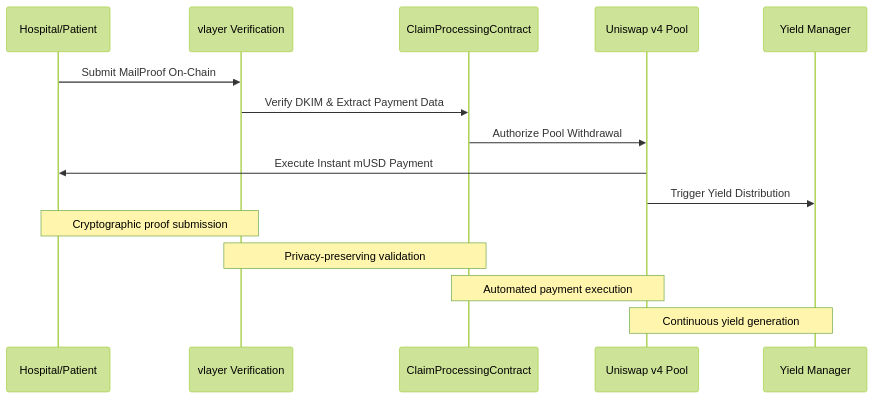
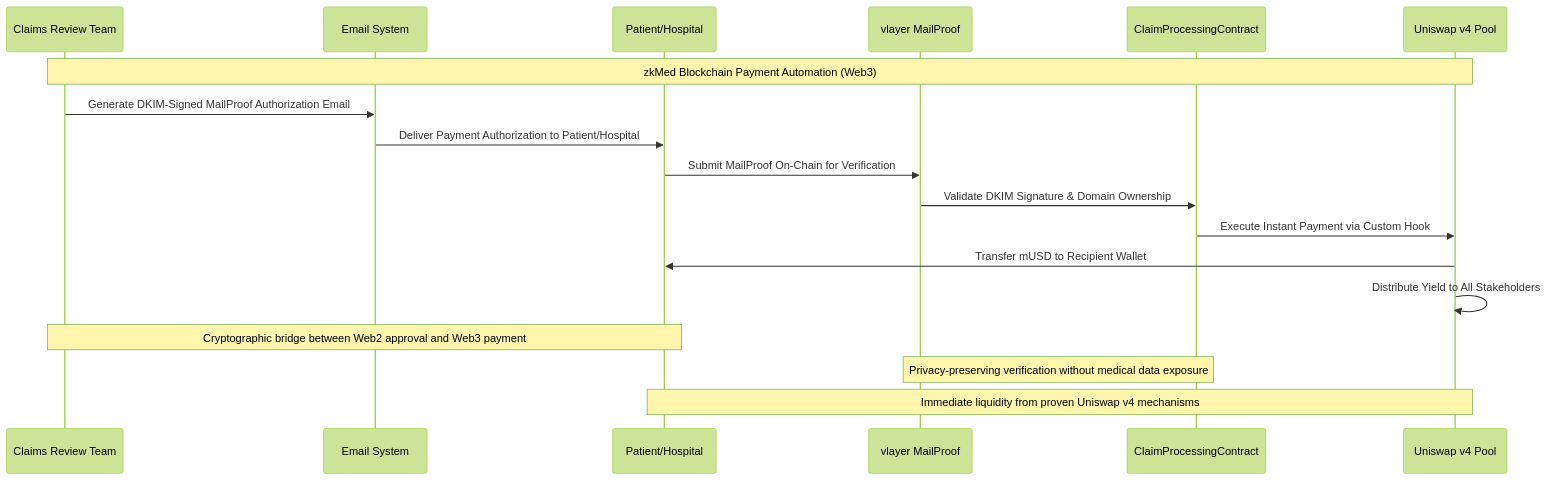
Before and after one commit to ppezzull/zkMed: the fourth of 5 diagrams in memory-bank/activeContext.md, drawn with Mermaid (forest theme). The commit also changed other lines of this file and 3 other files, not shown here.

````diff
--- a/memory-bank/activeContext.md
+++ b/memory-bank/activeContext.md
@@ -212,19 +171,22 @@
 ```mermaid
 sequenceDiagram
-    participant H as Hospital/Patient
-    participant V as vlayer Verification
+    participant Review as Claims Review Team
+    participant E as Email System
+    participant P as Patient/Hospital
+    participant V as vlayer MailProof
     participant C as ClaimProcessingContract
     participant U as Uniswap v4 Pool
-    participant Y as Yield Manager
 
-    H->>V: Submit MailProof On-Chain
-    V->>C: Verify DKIM & Extract Payment Data
-    C->>U: Authorize Pool Withdrawal
-    U->>H: Execute Instant mUSD Payment
-    U->>Y: Trigger Yield Distribution
+    Note over Review,U: zkMed Blockchain Payment Automation (Web3)
+    Review->>E: Generate DKIM-Signed MailProof Authorization Email
+    E->>P: Deliver Payment Authorization to Patient/Hospital
+    P->>V: Submit MailProof On-Chain for Verification
+    V->>C: Validate DKIM Signature & Domain Ownership
+    C->>U: Execute Instant Payment via Custom Hook
+    U->>P: Transfer mUSD to Recipient Wallet
+    U->>U: Distribute Yield to All Stakeholders
     
-    Note over H,V: Cryptographic proof submission
-    Note over V,C: Privacy-preserving validation
-    Note over C,U: Automated payment execution
-    Note over U,Y: Continuous yield generation
+    Note over Review,P: Cryptographic bridge between Web2 approval and Web3 payment
+    Note over V,C: Privacy-preserving verification without medical data exposure
+    Note over U,P: Immediate liquidity from proven Uniswap v4 mechanisms
 ```
````
